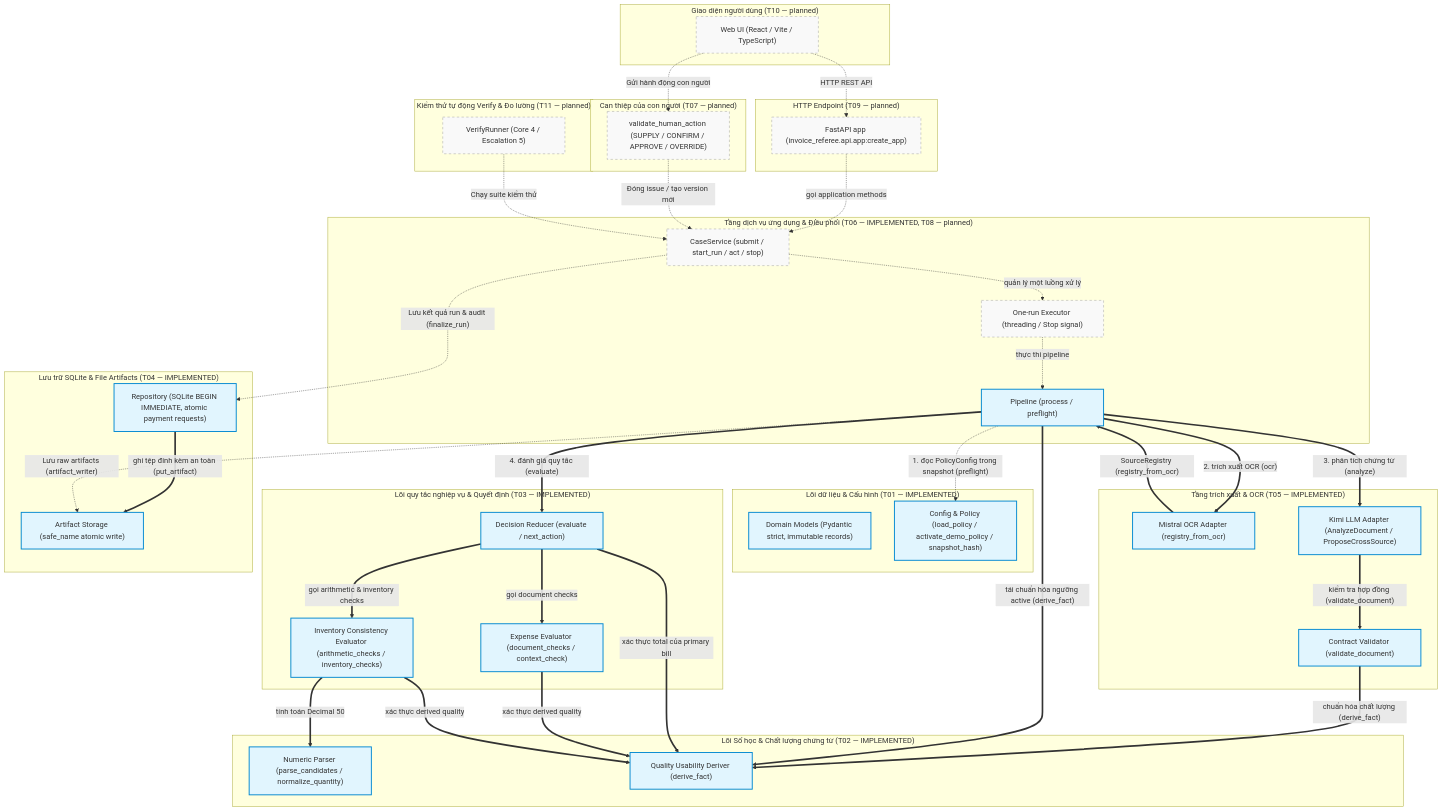
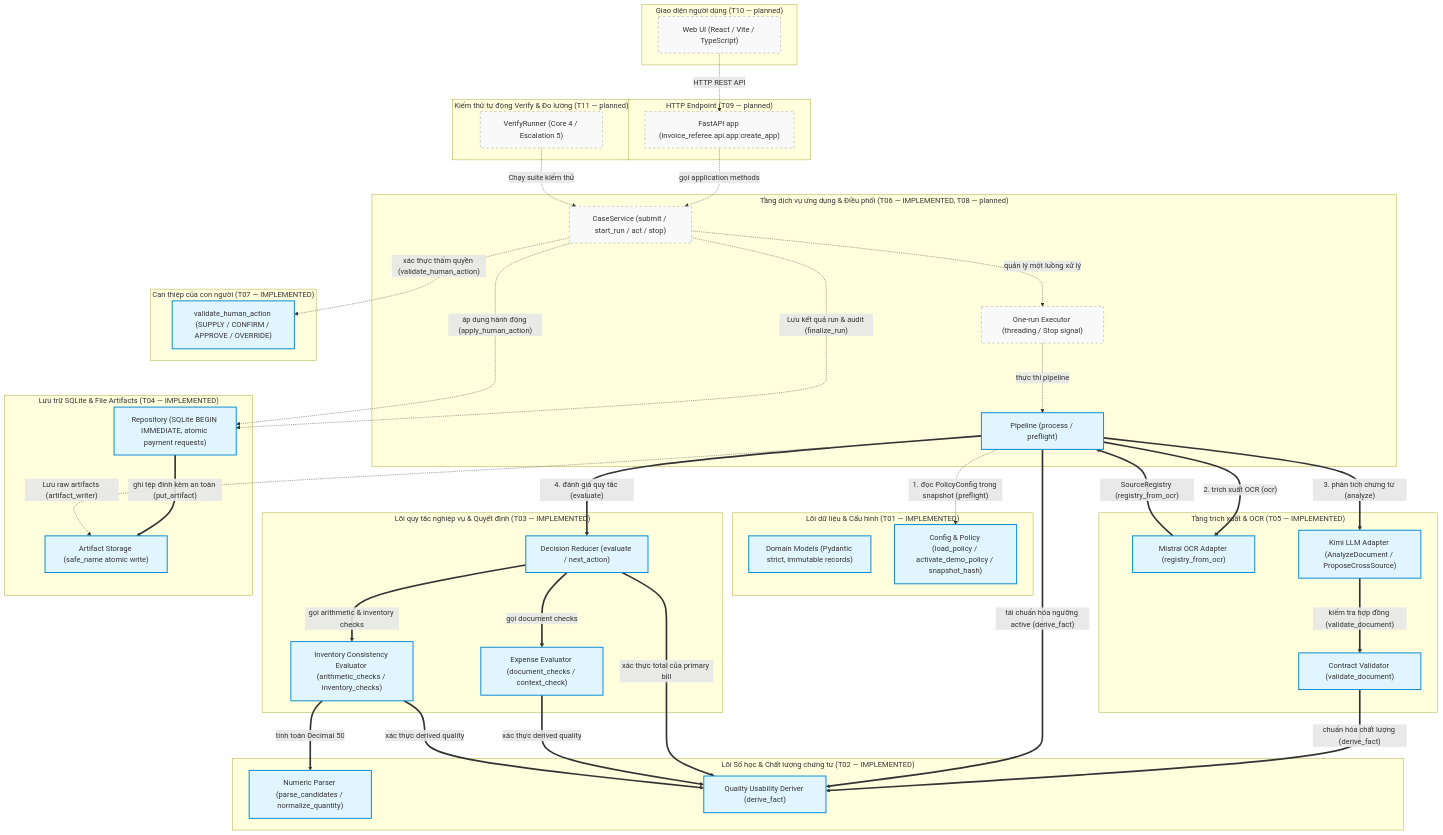
One commit to Nnguyen-dev2805/InvoiceReferee changed the diagram in docs/SYSTEM_FLOW_ATLAS.md. Above: the diagram before and after it, drawn with Mermaid. The commit also changed other lines of this file, not shown here.

Commit message:
docs: update system flow atlas documentation

````diff
--- a/docs/SYSTEM_FLOW_ATLAS.md
+++ b/docs/SYSTEM_FLOW_ATLAS.md
@@ -62,7 +62,7 @@
         ART["Artifact Storage (safe_name atomic write)"]
     end
 
-    subgraph HumanLoopTier["Can thiệp của con người (T07 — planned)"]
+    subgraph HumanLoopTier["Can thiệp của con người (T07 — IMPLEMENTED)"]
         HUMAN["validate_human_action (SUPPLY / CONFIRM / APPROVE / OVERRIDE)"]
     end
 
@@ -71,8 +71,8 @@
     end
 
     %% Áp dụng style class cho nodes
-    class MODELS,CFG,NUM,QUAL,EXP,INV,DEC,REPO,ART,MISTRAL,KIMI,VAL,PIPE implemented;
-    class UI,APP,SVC,EXEC,HUMAN,VERIFY planned;
+    class MODELS,CFG,NUM,QUAL,EXP,INV,DEC,REPO,ART,MISTRAL,KIMI,VAL,PIPE,HUMAN implemented;
+    class UI,APP,SVC,EXEC,VERIFY planned;
 
     %% Tương tác luồng UI -> API -> Service (planned)
     UI -.->|"HTTP REST API"| APP
@@ -103,8 +103,8 @@
     SVC -.->|"Lưu kết quả run & audit (finalize_run)"| REPO
     PIPE -.->|"Lưu raw artifacts (artifact_writer)"| ART
 
-    %% Human loop và Verify runner (planned)
-    UI -.->|"Gửi hành động con người"| HUMAN
-    HUMAN -.->|"Đóng issue / tạo version mới"| SVC
+    %% Human loop và Verify runner (T08/T10 planned wiring)
+    SVC -.->|"xác thực thẩm quyền (validate_human_action)"| HUMAN
+    SVC -.->|"áp dụng hành động (apply_human_action)"| REPO
     VERIFY -.->|"Chạy suite kiểm thử"| SVC
 ```
````
